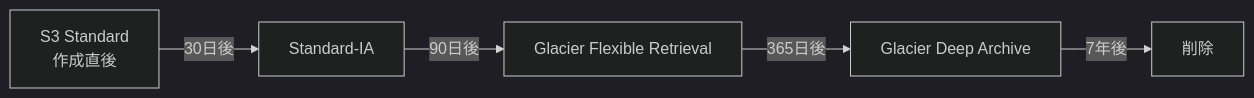
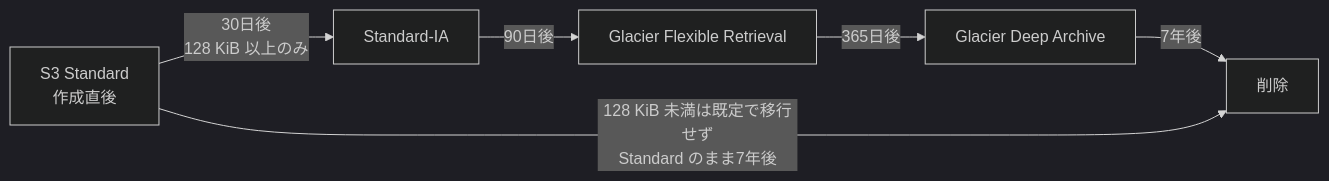
One commit to myoshi2891/Cloud-Infrastructure-and-Network-Studies changed diagram 21 of 23 in Aws-sap-c02-domain2-guide.md. Above: the diagram before and after it, drawn with Mermaid (dark theme). The commit also changed other lines of this file, not shown here.

````diff
--- a/Aws-sap-c02-domain2-guide.md
+++ b/Aws-sap-c02-domain2-guide.md
@@ -1067,7 +1068,8 @@
 ```mermaid
 flowchart LR
-    A["S3 Standard<br/>作成直後"] -->|"30日後"| B["Standard-IA"]
+    A["S3 Standard<br/>作成直後"] -->|"30日後<br/>128 KiB 以上のみ"| B["Standard-IA"]
     B -->|"90日後"| C["Glacier Flexible Retrieval"]
     C -->|"365日後"| D["Glacier Deep Archive"]
     D -->|"7年後"| E["削除"]
+    A -->|"128 KiB 未満は既定で移行せず<br/>Standard のまま7年後"| E
 ```
````
